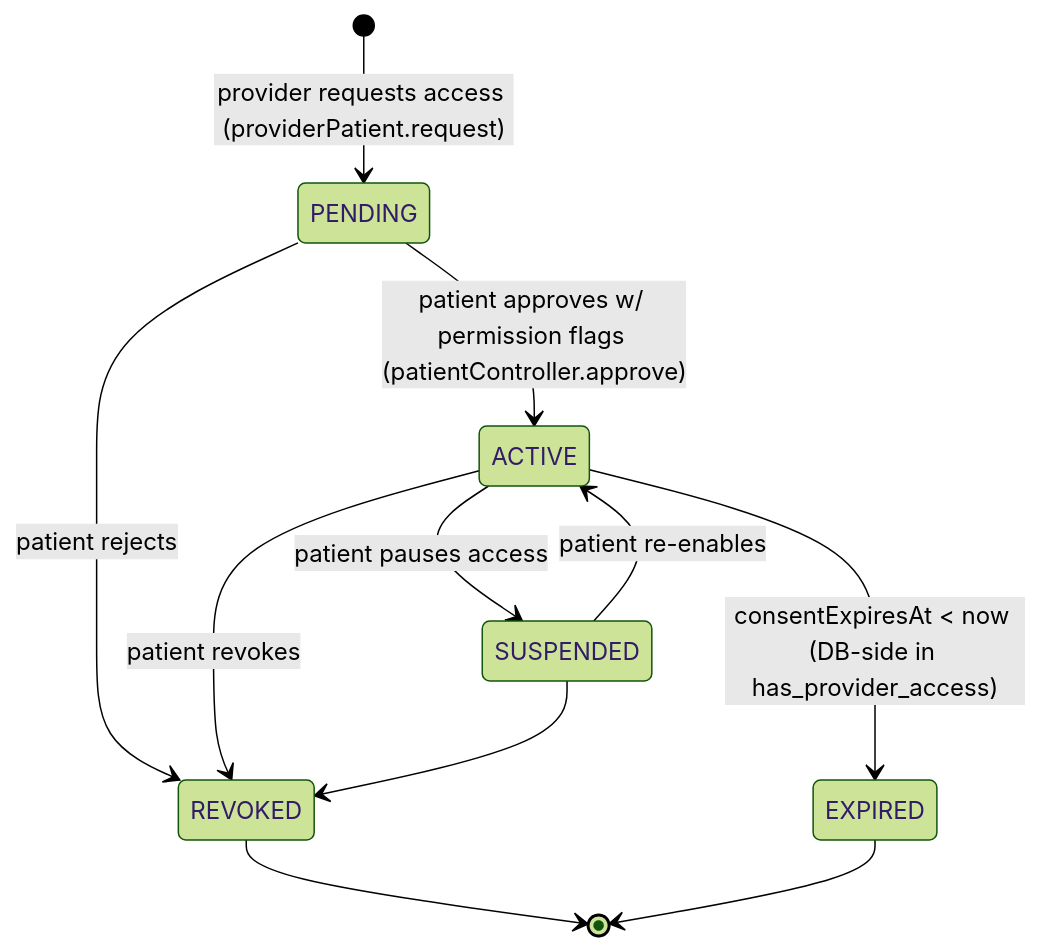
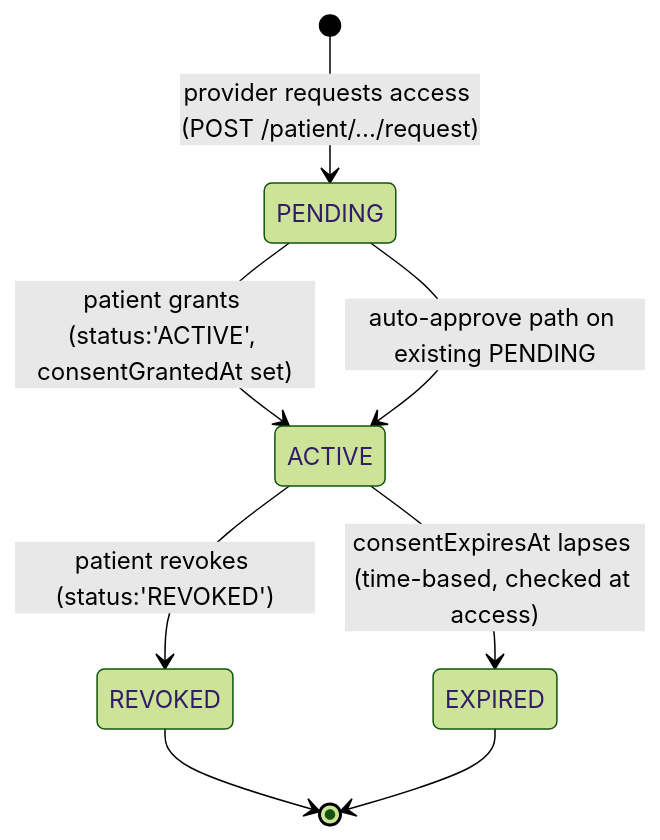
The fourth of 10 diagrams in New Project Documents/ARCHITECTURE.md (breilly1296/OwnMyHealth-Claude), drawn with Mermaid (forest theme) before and after one commit. The commit also changed other lines of this file and 57 other files, not shown here.

````diff
--- a/New Project Documents/ARCHITECTURE.md
+++ b/New Project Documents/ARCHITECTURE.md
@@ -428,13 +410,10 @@
 ```mermaid
 stateDiagram-v2
-  [*] --> PENDING: provider requests access (providerPatient.request)
-  PENDING --> ACTIVE: patient approves w/ permission flags (patientController.approve)
-  PENDING --> REVOKED: patient rejects
-  ACTIVE --> SUSPENDED: patient pauses access
-  SUSPENDED --> ACTIVE: patient re-enables
-  ACTIVE --> REVOKED: patient revokes
-  ACTIVE --> EXPIRED: consentExpiresAt < now (DB-side in has_provider_access)
-  SUSPENDED --> REVOKED
+  [*] --> PENDING: provider requests access (POST /patient/.../request)
+  PENDING --> ACTIVE: patient grants (status:'ACTIVE', consentGrantedAt set)
+  PENDING --> ACTIVE: auto-approve path on existing PENDING
+  ACTIVE --> REVOKED: patient revokes (status:'REVOKED')
+  ACTIVE --> EXPIRED: consentExpiresAt lapses (time-based, checked at access)
   REVOKED --> [*]
   EXPIRED --> [*]
 ```
````
